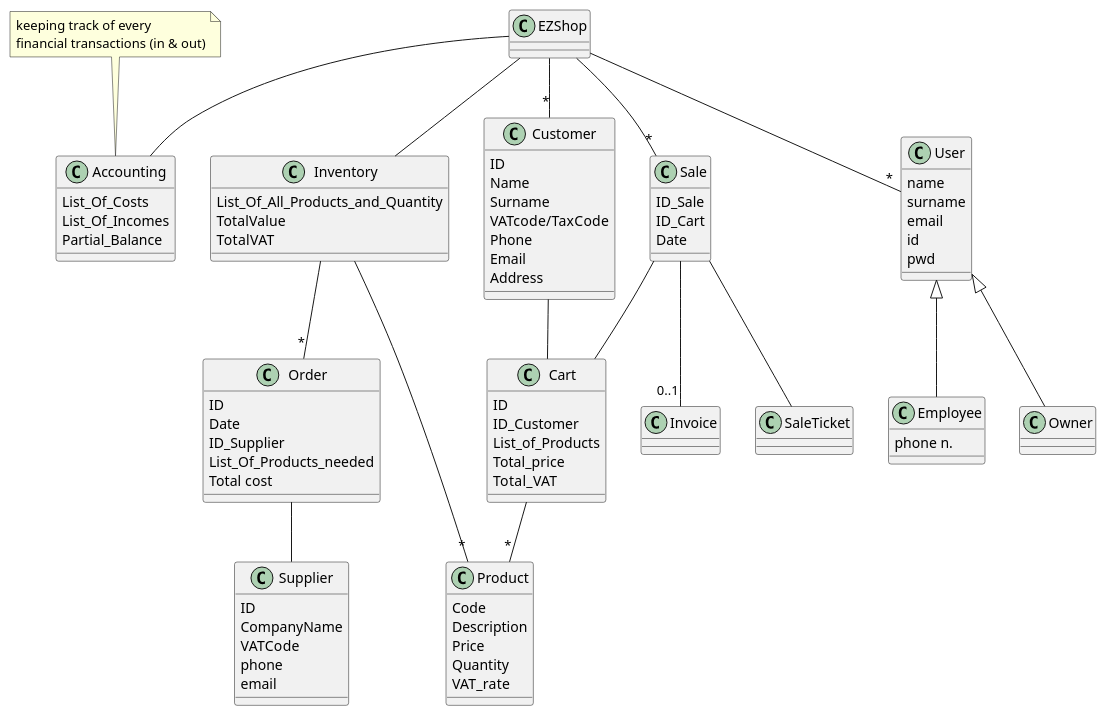
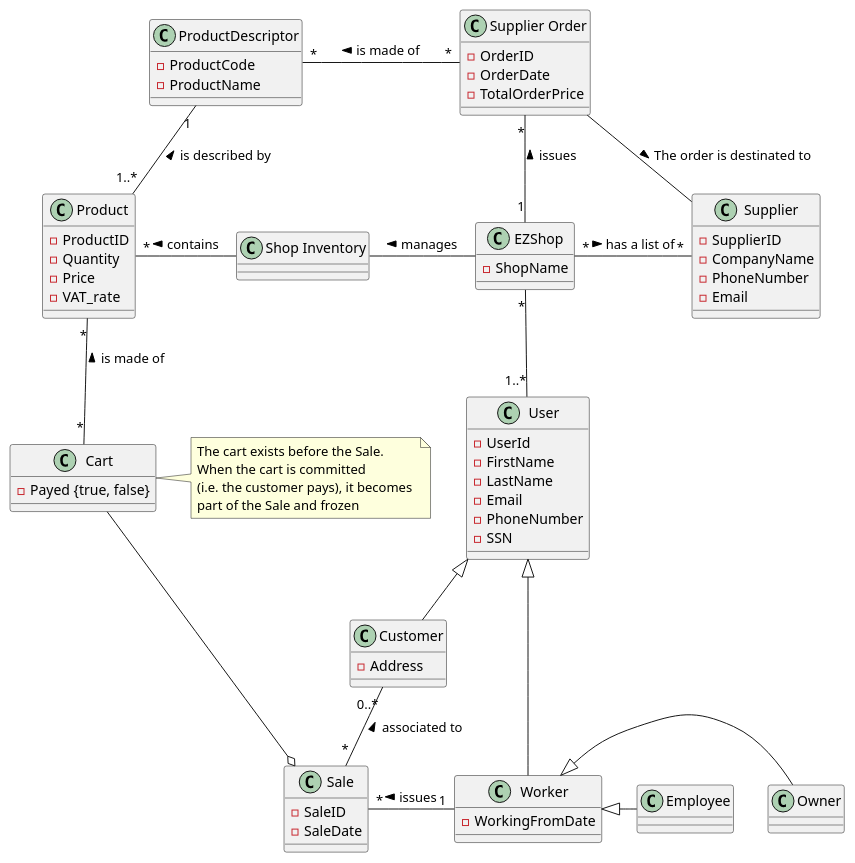
The sixth of 8 diagrams in Deliverables/RequirementsDocument.md (thegabriele97/EzShop), drawn with PlantUML before and after one commit.

Commit message:
docs: updated glossary

````diff
--- a/Deliverables/RequirementsDocument.md
+++ b/Deliverables/RequirementsDocument.md
@@ -953,88 +953,99 @@
 ```plantuml
-class EZShop
-EZShop -- Accounting
-EZShop -- "*" User
-EZShop -- Inventory
-EZShop -- "*" Customer
-EZShop -- "*" Sale
-Sale -- Cart
-Customer -- Cart
-Inventory -- "*" Product
-Cart -- "*" Product
-Inventory -- "*" Order
-User <|-- Owner
-User <|-- Employee
-Order -- Supplier
-
-class User{
-name
-surname
-email
-id
-pwd
+class EZShop {
+    - ShopName
 }
 
-class Owner
-class Employee{
-phone n.
-}
-class Customer{
-ID
-Name
-Surname
-VATcode/TaxCode
-Phone
-Email
-Address
-}
-class Supplier{
-ID
-CompanyName
-VATCode
-phone
-email
-}
-class Inventory{
-List_Of_All_Products_and_Quantity
-TotalValue
-TotalVAT
-}
-note top of Accounting: keeping track of every\nfinancial transactions (in & out)
-class Accounting{
-List_Of_Costs
-List_Of_Incomes
-Partial_Balance
-}
-class Sale{
-ID_Sale
-ID_Cart
-Date
-}
-class SaleTicket
-class Invoice
-Sale -- SaleTicket
-Sale -- "0..1" Invoice
-class Cart{
-ID
-ID_Customer
-List_of_Products
-Total_price
-Total_VAT
+class User {
+    - UserId
+    - FirstName
+    - LastName
+    - Email
+    - PhoneNumber
+    - SSN
 }
 
-class Order{
-ID
-Date
-ID_Supplier
-List_Of_Products_needed
-Total cost
+class Owner {
 
 }
-class Product{
-Code
-Description
-Price
-Quantity
-VAT_rate
+
+class Employee {
+
 }
+
+class Customer {
+    - Address
+}
+
+class Supplier{
+    - SupplierID
+    - CompanyName
+    - PhoneNumber
+    - Email
+}
+
+class Inventory as "Shop Inventory" {
+    
+}
+
+class Sale {
+    - SaleID
+    - SaleDate
+}
+
+class Cart {
+    - Payed {true, false}
+}
+
+class Order as "Supplier Order" {
+    - OrderID
+    - OrderDate
+    - TotalOrderPrice
+}
+
+class ProductDescriptor {
+    - ProductCode
+    - ProductName
+}
+
+class Product {
+    - ProductID
+    - Quantity
+    - Price
+    - VAT_rate
+}
+
+class InternalUser as "Worker" {
+    - WorkingFromDate
+}
+
+note left of Cart
+    The cart exists before the Sale. 
+    When the cart is committed 
+    (i.e. the customer pays), it becomes 
+    part of the Sale and frozen
+end note
+
+EZShop "*" -- "1..*" User
+EZShop -left- Inventory : "manages >"
+EZShop "*" -right- "*" Supplier: "has a list of >"
+
+User <|-- InternalUser
+User <|-- Customer
+InternalUser <|-right- Owner
+InternalUser <|-right- Employee
+
+ProductDescriptor "1" -- "1..*" Product: "< is described by"
+
+Inventory -left- "*" Product: "contains >"
+
+'Supplier "1" -right- "*" Order
+EZShop "1" -up- "*" Order: "issues >"
+Order "*" -left- "*" ProductDescriptor : "is made of >"
+Order -- Supplier: "The order is destinated to >"
+
+InternalUser "1" -left- "*" Sale : "issues >"
+Sale "*" -up- "0..*" Customer : "associated to >"
+
+Sale o-left- Cart 
+Cart "*" -up- "*" Product : " is made of >"
 ```
````
